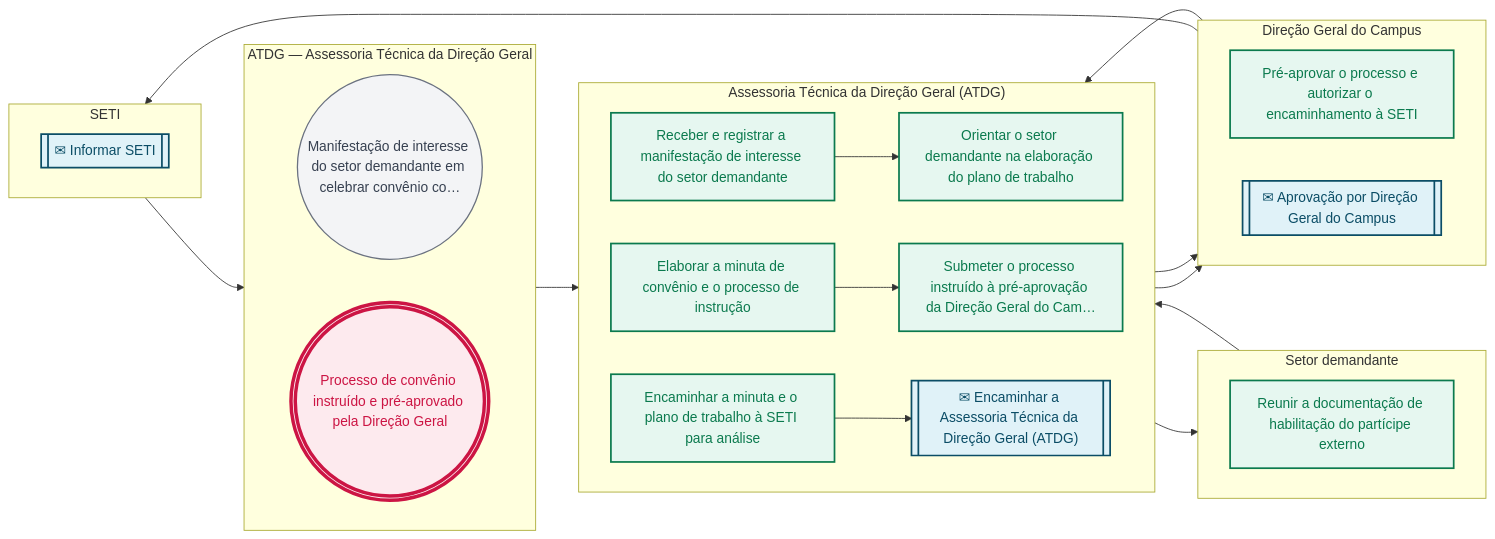
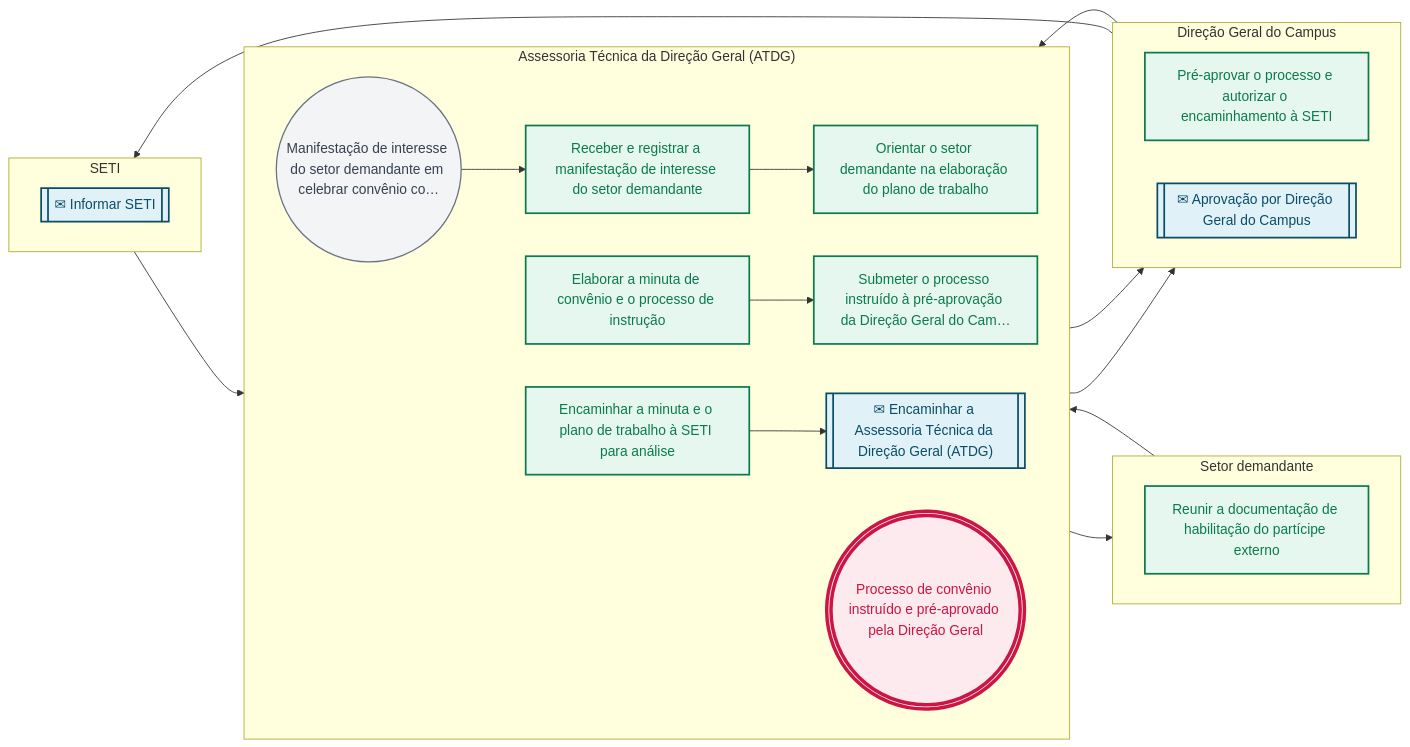
Before and after one commit to jessefers/canvas-vivo-atdg: the second of 2 diagrams in pops/CON/CON-01.md, drawn with Mermaid. The commit also changed other lines of this file and 107 other files, not shown here.

````diff
--- a/pops/CON/CON-01.md
+++ b/pops/CON/CON-01.md
@@ -155,51 +155,48 @@
 ```mermaid
 flowchart LR
-  subgraph R1["ATDG — Assessoria Técnica da Direção Geral"]
+  subgraph R1["Assessoria Técnica da Direção Geral (ATDG)"]
     direction LR
     e1(("Manifestação de interesse do setor demandante em celebrar convênio co…"))
-    e12((("Processo de convênio instruído e pré-aprovado pela Direção Geral")))
-  end
-  subgraph R2["Assessoria Técnica da Direção Geral (ATDG)"]
-    direction LR
     e2["Receber e registrar a manifestação de interesse do setor demandante"]
     e3["Orientar o setor demandante na elaboração do plano de trabalho"]
     e5["Elaborar a minuta de convênio e o processo de instrução"]
     e6["Submeter o processo instruído à pré-aprovação da Direção Geral do Cam…"]
     e8["Encaminhar a minuta e o plano de trabalho à SETI para análise"]
     e9[["✉ Encaminhar a Assessoria Técnica da Direção Geral (ATDG)"]]
+    e12((("Processo de convênio instruído e pré-aprovado pela Direção Geral")))
   end
-  subgraph R3["Setor demandante"]
+  subgraph R2["Setor demandante"]
     direction LR
     e4["Reunir a documentação de habilitação do partícipe externo"]
   end
-  subgraph R4["Direção Geral do Campus"]
+  subgraph R3["Direção Geral do Campus"]
     direction LR
     e7["Pré-aprovar o processo e autorizar o encaminhamento à SETI"]
     e10[["✉ Aprovação por Direção Geral do Campus"]]
   end
-  subgraph R5["SETI"]
+  subgraph R4["SETI"]
     direction LR
     e11[["✉ Informar SETI"]]
   end
   e1 --> e2
   e2 --> e3
   e3 --> e4
   e4 --> e5
   e5 --> e6
   e6 --> e7
   e7 --> e8
   e8 --> e9
   e9 --> e10
   e10 --> e11
   e11 --> e12
   classDef inicio fill:#f3f4f6,stroke:#6b7280,stroke-width:1.5px,color:#374151
   classDef atividade fill:#E6F7F0,stroke:#0B7A4E,stroke-width:2px,color:#0B7A4E
   classDef decisao fill:#FFF4ED,stroke:#C9783A,stroke-width:2px,color:#C9783A
   classDef fim fill:#FDEAEE,stroke:#CC1544,stroke-width:4px,color:#CC1544
   classDef pausa fill:#FDEAEE,stroke:#CC1544,stroke-width:2px,color:#CC1544
   classDef captura fill:#E0F2F8,stroke:#0B4D66,stroke-width:2px,color:#0B4D66
   class e1 inicio
   class e2,e3,e4,e5,e6,e7,e8 atividade
   class e9,e10,e11 captura
   class e12 fim
 ```
````
